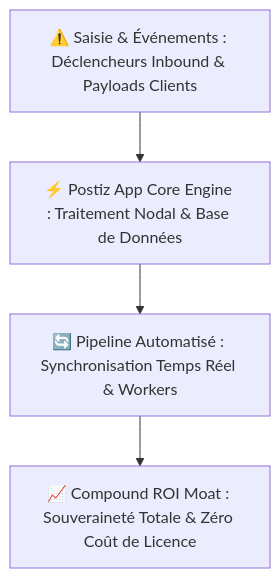
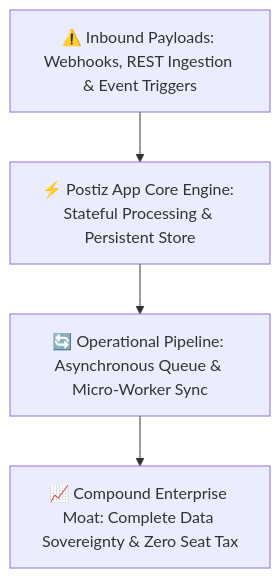
The diagram in site/src/content/repos/postiz.md (heliatech-media/saas-radar), drawn with Mermaid before and after one commit. The commit also changed other lines of this file and 11 other files, not shown here.

````diff
--- a/site/src/content/repos/postiz.md
+++ b/site/src/content/repos/postiz.md
@@ -38,6 +38,6 @@
 ```mermaid
 flowchart TD
-    Inp["⚠️ Saisie & Événements : Déclencheurs Inbound & Payloads Clients"] --> Eng["⚡ Postiz App Core Engine : Traitement Nodal & Base de Données"]
-    Eng --> Pipe["🔄 Pipeline Automatisé : Synchronisation Temps Réel & Workers"]
-    Pipe --> Moat["📈 Compound ROI Moat : Souveraineté Totale & Zéro Coût de Licence"]
+    Inp["⚠️ Inbound Payloads: Webhooks, REST Ingestion & Event Triggers"] --> Eng["⚡ Postiz App Core Engine: Stateful Processing & Persistent Store"]
+    Eng --> Pipe["🔄 Operational Pipeline: Asynchronous Queue & Micro-Worker Sync"]
+    Pipe --> Moat["📈 Compound Enterprise Moat: Complete Data Sovereignty & Zero Seat Tax"]
 ```
````
